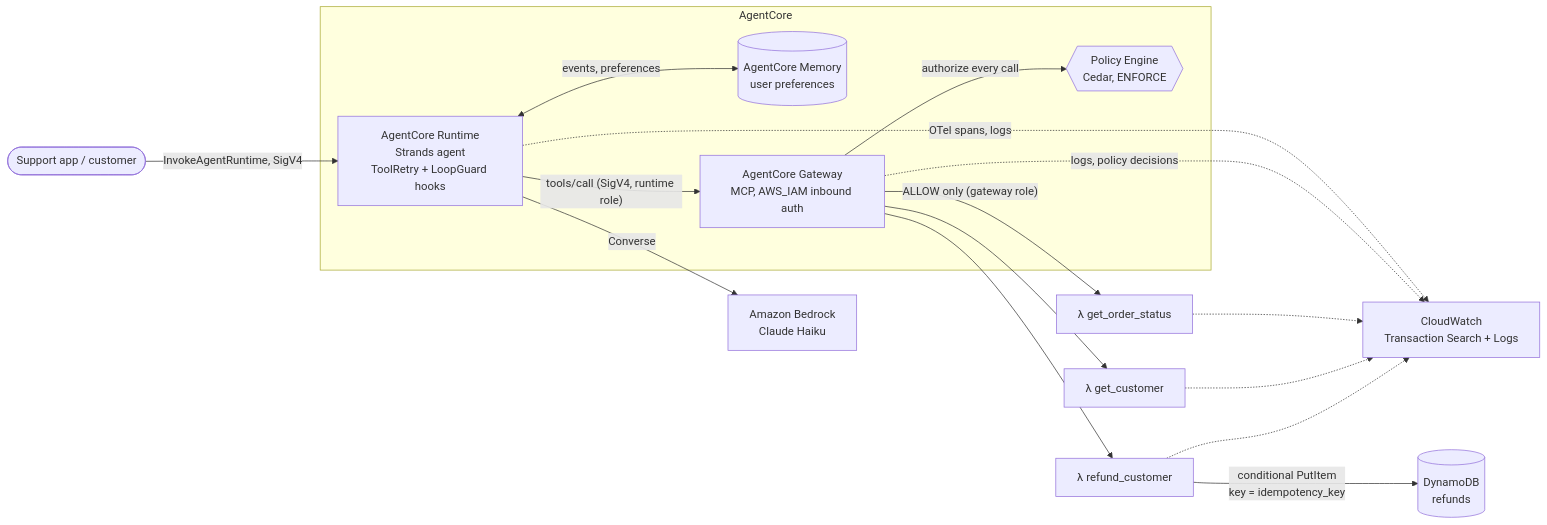
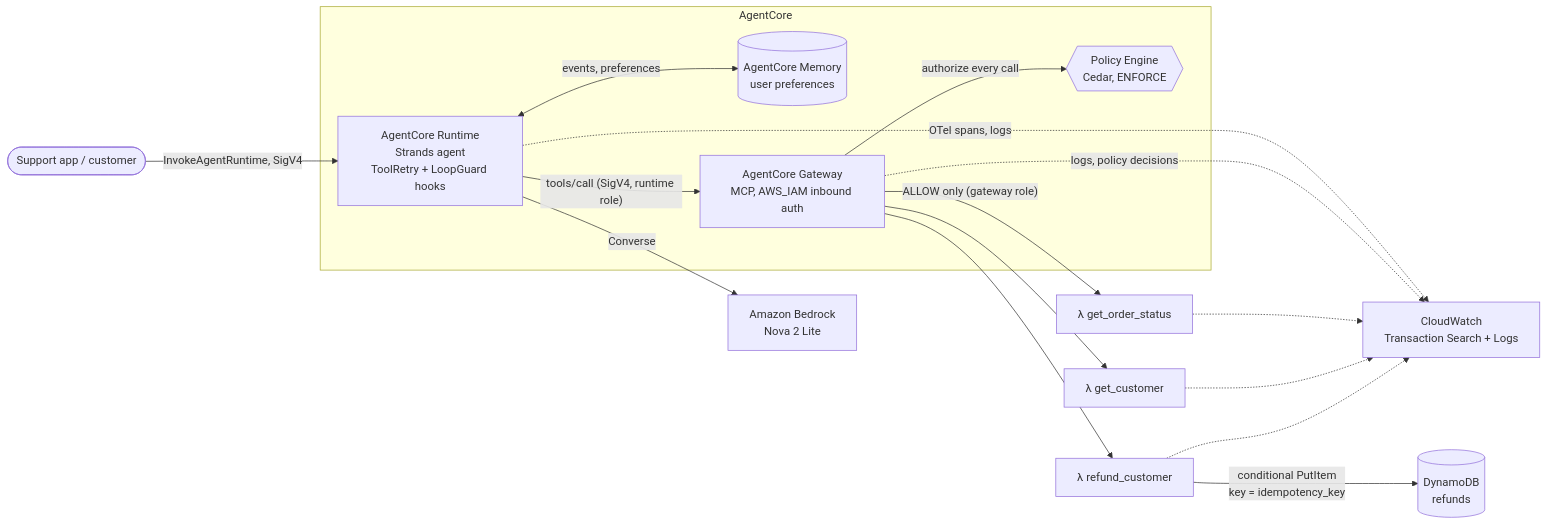
Before and after one commit to nkorotest/agentcore-task: the diagram in README.md, drawn with Mermaid. The commit also changed other lines of this file and 15 other files, not shown here.

````diff
--- a/README.md
+++ b/README.md
@@ -26,26 +17,26 @@
 ```mermaid
 flowchart LR
     caller([Support app / customer]) -->|InvokeAgentRuntime, SigV4| runtime
 
     subgraph AgentCore
         runtime["AgentCore Runtime<br/>Strands agent<br/>ToolRetry + LoopGuard hooks"]
         memory[("AgentCore Memory<br/>user preferences")]
         gateway["AgentCore Gateway<br/>MCP, AWS_IAM inbound auth"]
         policy{{"Policy Engine<br/>Cedar, ENFORCE"}}
     end
 
-    runtime -->|Converse| model["Amazon Bedrock<br/>Claude Haiku"]
+    runtime -->|Converse| model["Amazon Bedrock<br/>Nova 2 Lite"]
     runtime <-->|events, preferences| memory
     runtime -->|"tools/call (SigV4, runtime role)"| gateway
     gateway -->|authorize every call| policy
     gateway -->|"ALLOW only (gateway role)"| orders["λ get_order_status"]
     gateway --> customers["λ get_customer"]
     gateway --> refunds["λ refund_customer"]
     refunds -->|"conditional PutItem<br/>key = idempotency_key"| table[("DynamoDB<br/>refunds")]
 
     runtime -.->|OTel spans, logs| cw["CloudWatch<br/>Transaction Search + Logs"]
     gateway -.->|logs, policy decisions| cw
     orders -.-> cw
     customers -.-> cw
     refunds -.-> cw
 ```
````
